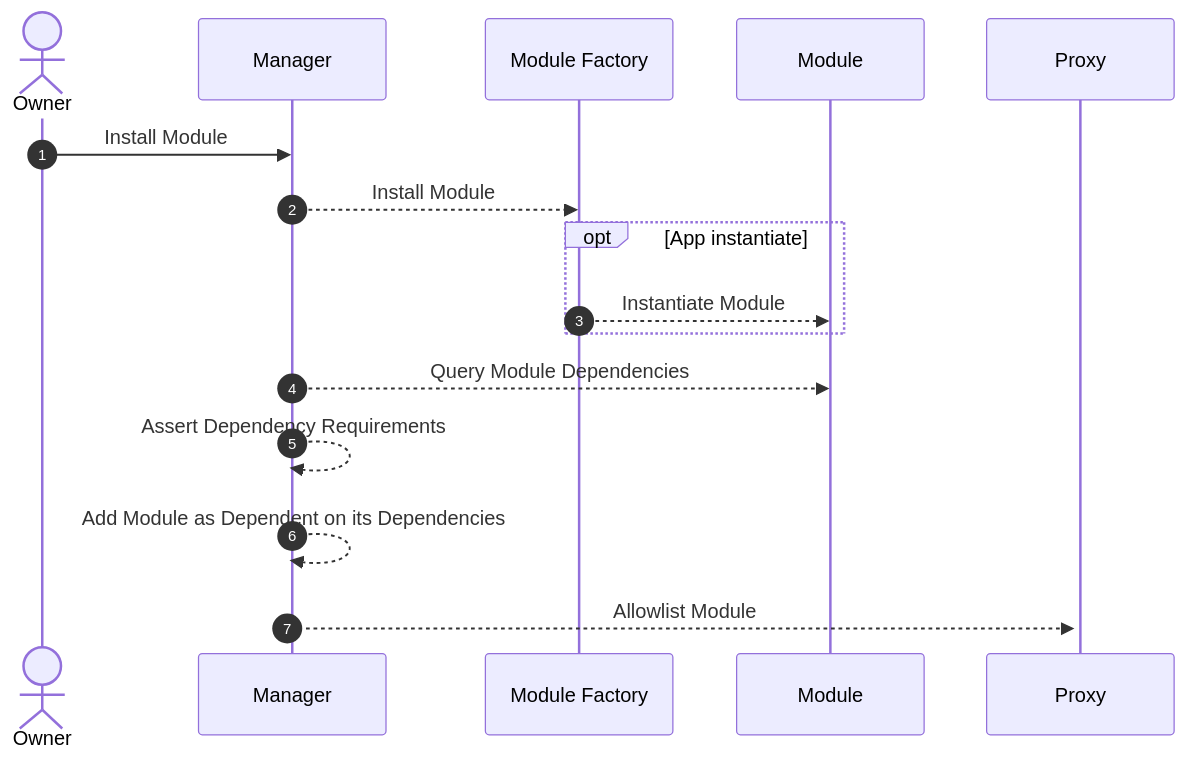
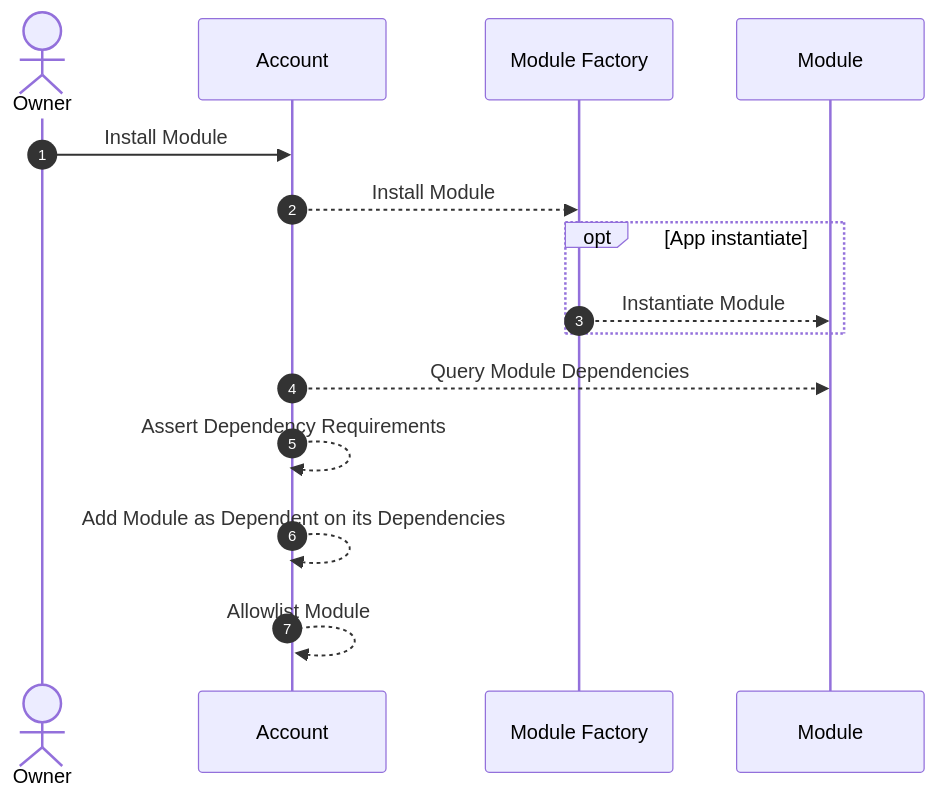
One commit to AbstractSDK/abstract changed the diagram in framework/docs/src/4_get_started/8_dependencies.md. Above: the diagram before and after it, drawn with Mermaid. The commit also changed 15 other files, not shown here.

````diff
--- a/framework/docs/src/4_get_started/8_dependencies.md
+++ b/framework/docs/src/4_get_started/8_dependencies.md
@@ -64,19 +64,18 @@
 ```mermaid
 sequenceDiagram
     autonumber
     actor U as Owner
-    participant M as Manager
+    participant A as Account
     participant F as Module Factory
     participant Mo as Module
-    participant P as Proxy
 
-    U ->> M: Install Module
-    M -->> F: Install Module
+    U ->> A: Install Module
+    A -->> F: Install Module
     opt App instantiate 
     F -->> Mo: Instantiate Module
     end
-    M -->> Mo: Query Module Dependencies
-    M -->> M: Assert Dependency Requirements
-    M -->>+ M: Add Module as Dependent on its Dependencies
-    M -->>+ P: Allowlist Module
+    A -->> Mo: Query Module Dependencies
+    A -->> A: Assert Dependency Requirements
+    A -->>+ A: Add Module as Dependent on its Dependencies
+    A -->>+ A: Allowlist Module
 ```
````
